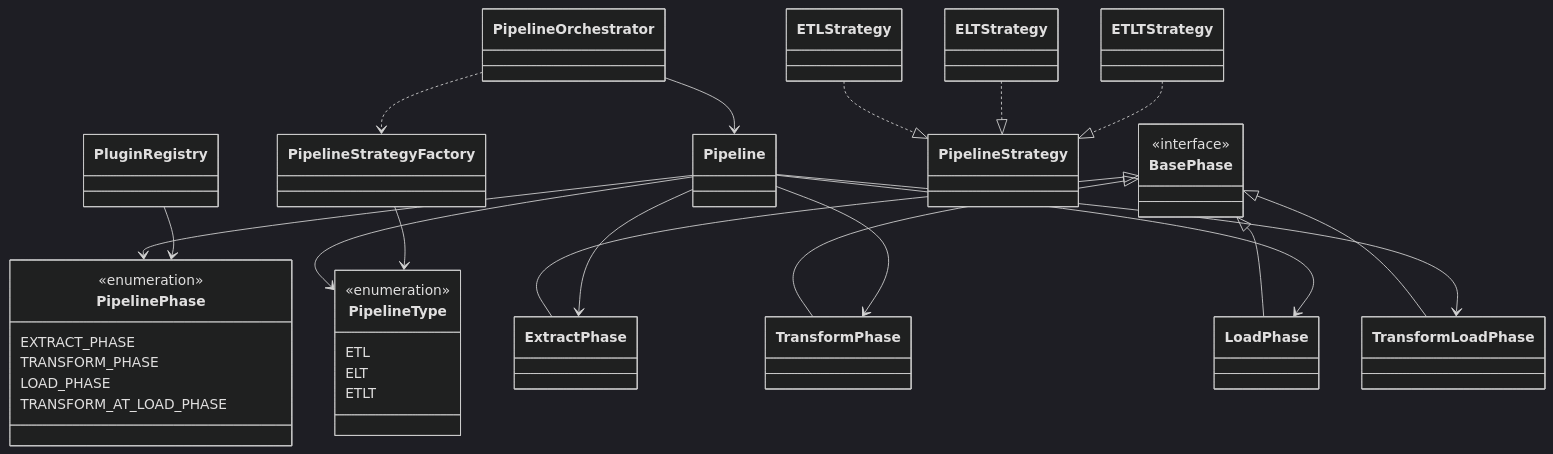
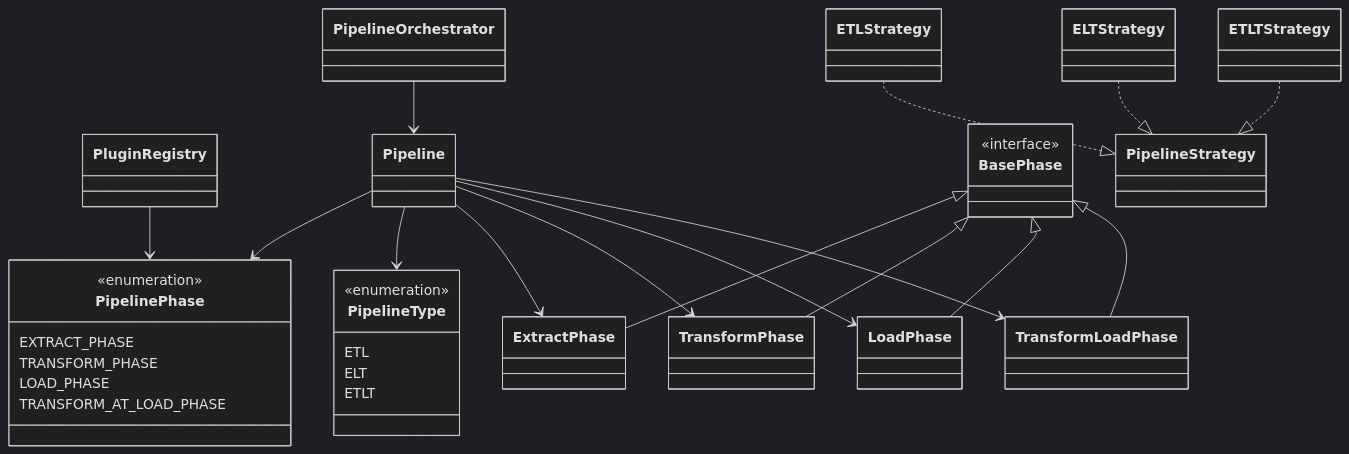
One commit to jakubpulaczewski/pipeline-flow changed the diagram in docs/class.md. Above: the diagram before and after it, drawn with Mermaid (dark theme). The commit also changed 7 other files, not shown here.

Commit message:
Split PipelineStrategy ino two classes: PipelineStrategy and PipelineExecutor using composition

```diff
--- a/docs/class.md
+++ b/docs/class.md
@@ -74,8 +74,6 @@
     Pipeline --> TransformLoadPhase
 
     PipelineOrchestrator --> Pipeline
-    PipelineOrchestrator ..> PipelineStrategyFactory
-    PipelineStrategyFactory  --> PipelineType
     ETLStrategy ..|> PipelineStrategy
     ELTStrategy ..|> PipelineStrategy
     ETLTStrategy ..|> PipelineStrategy
```
